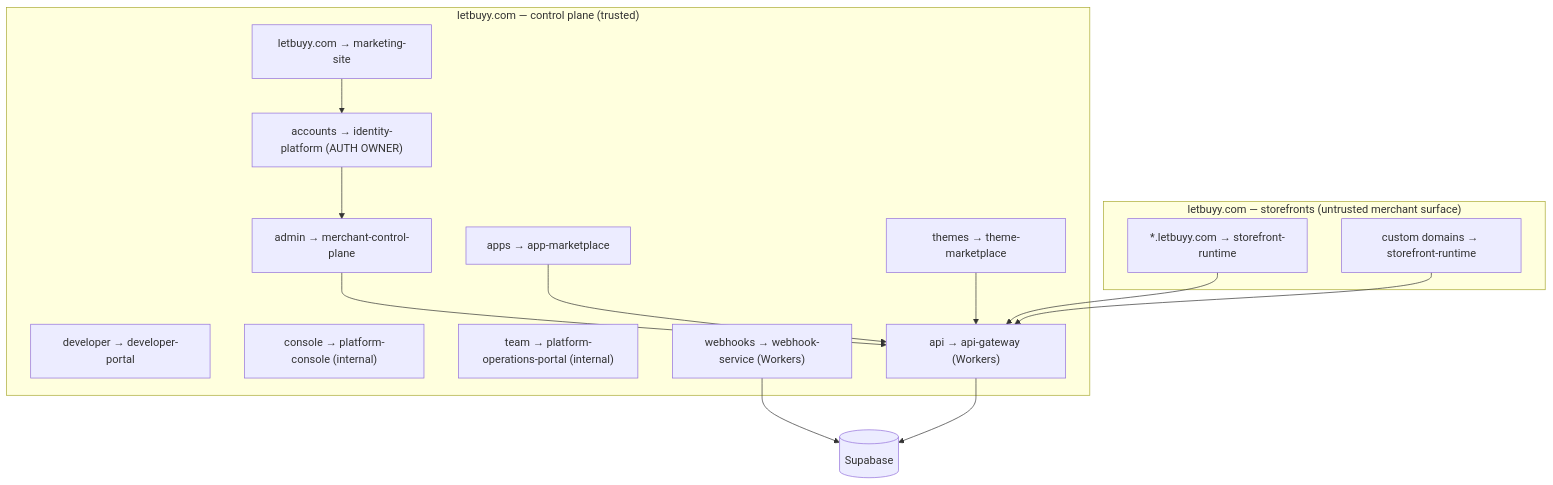
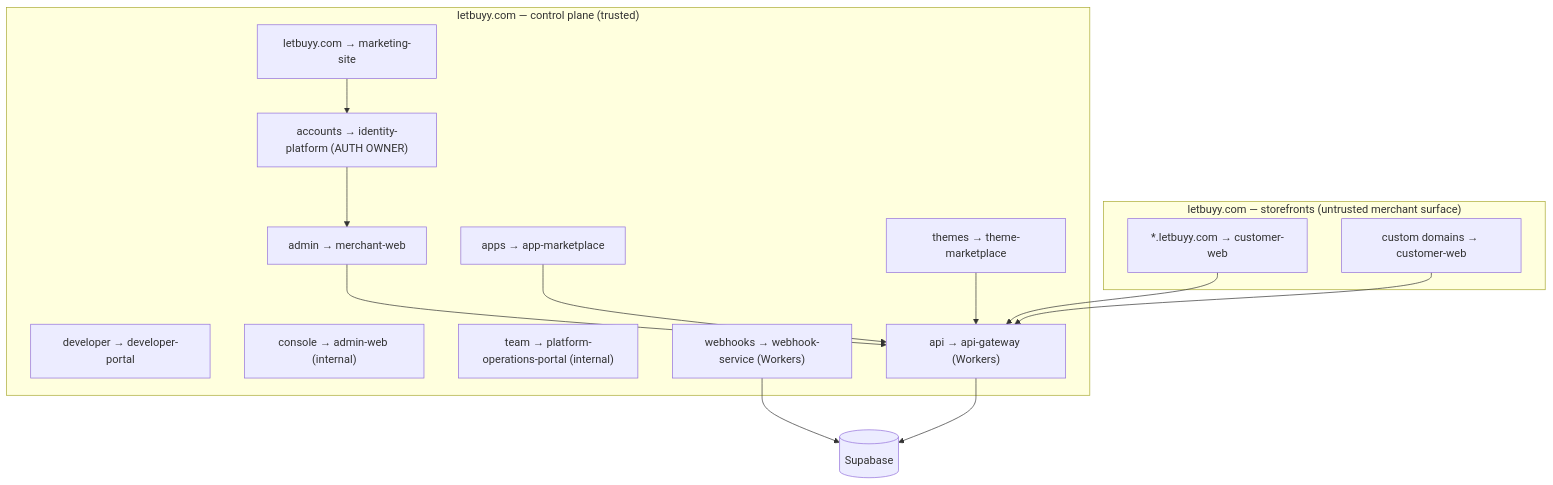
Before and after one commit to SaaiSiddhu/LetBuyy: the diagram in docs/governance/domain-topology-governance.md, drawn with Mermaid. The commit also changed other lines of this file and 39 other files, not shown here.

````diff
--- a/docs/governance/domain-topology-governance.md
+++ b/docs/governance/domain-topology-governance.md
@@ -66,27 +66,27 @@
 ```mermaid
 flowchart TB
   subgraph COM["letbuyy.com — control plane (trusted)"]
     MKT["letbuyy.com → marketing-site"]
     ACC["accounts → identity-platform (AUTH OWNER)"]
-    ADM["admin → merchant-control-plane"]
+    ADM["admin → merchant-web"]
     APPS["apps → app-marketplace"]
     THM["themes → theme-marketplace"]
     DEV["developer → developer-portal"]
-    CON["console → platform-console (internal)"]
+    CON["console → admin-web (internal)"]
     TEAM["team → platform-operations-portal (internal)"]
     API["api → api-gateway (Workers)"]
     WH["webhooks → webhook-service (Workers)"]
   end
   subgraph STORE["letbuyy.com — storefronts (untrusted merchant surface)"]
-    SF["*.letbuyy.com → storefront-runtime"]
-    CD["custom domains → storefront-runtime"]
+    SF["*.letbuyy.com → customer-web"]
+    CD["custom domains → customer-web"]
   end
   MKT --> ACC --> ADM
   ADM --> API
   APPS --> API
   THM --> API
   SF --> API
   CD --> API
   WH --> DB[("Supabase")]
   API --> DB
 ```
````
